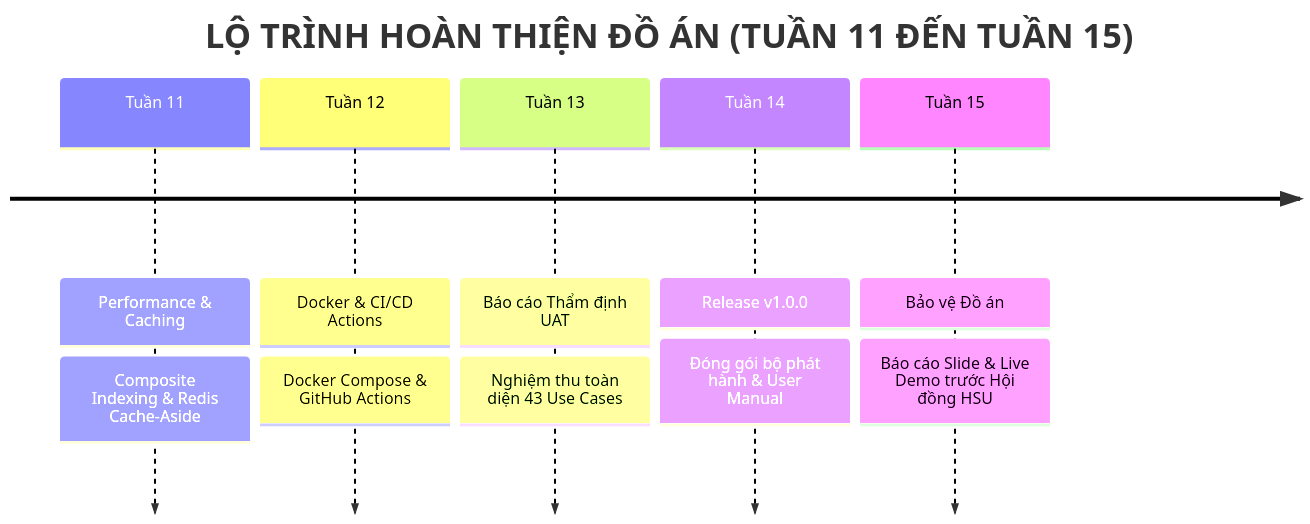
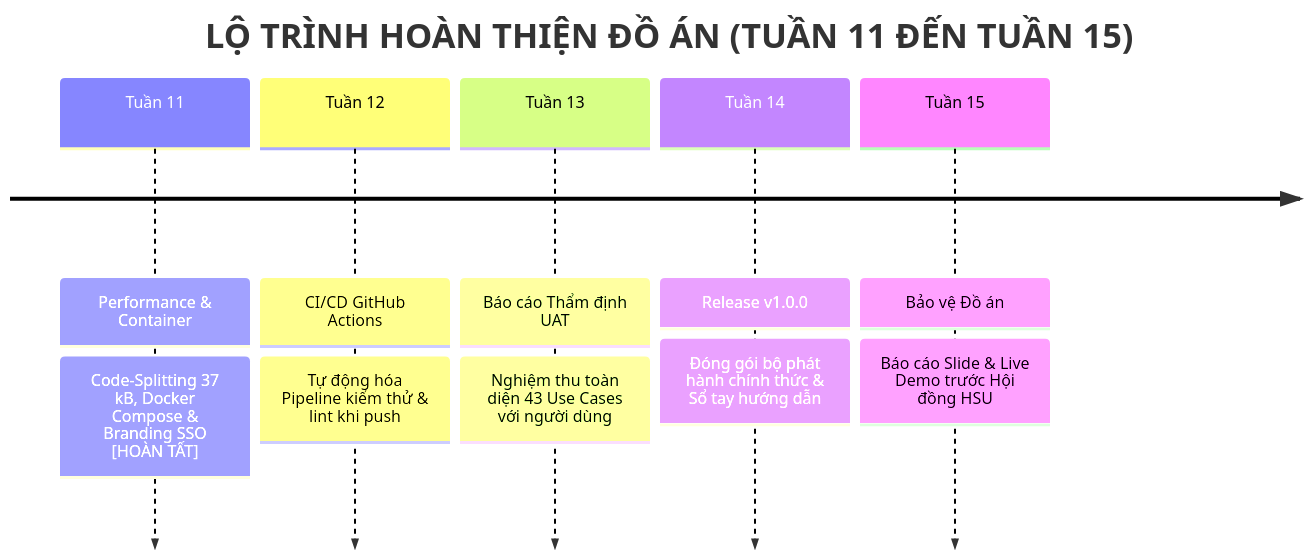
Before and after one commit to DYBInh2k5/Phat-Trien-Du-An-Phan-Mem: the fourth of 4 diagrams in Report_Slide/slide.md, drawn with Mermaid. The commit also changed other lines of this file and 1 other file, not shown here.

````diff
--- a/Report_Slide/slide.md
+++ b/Report_Slide/slide.md
@@ -251,9 +254,9 @@
 ```mermaid
 timeline
     title LỘ TRÌNH HOÀN THIỆN ĐỒ ÁN (TUẦN 11 ĐẾN TUẦN 15)
-    Tuần 11 : Performance & Caching : Composite Indexing & Redis Cache-Aside
-    Tuần 12 : Docker & CI/CD Actions : Docker Compose & GitHub Actions
-    Tuần 13 : Báo cáo Thẩm định UAT : Nghiệm thu toàn diện 43 Use Cases
-    Tuần 14 : Release v1.0.0 : Đóng gói bộ phát hành & User Manual
+    Tuần 11 : Performance & Container : Code-Splitting 37 kB, Docker Compose & Branding SSO [HOÀN TẤT]
+    Tuần 12 : CI/CD GitHub Actions : Tự động hóa Pipeline kiểm thử & lint khi push
+    Tuần 13 : Báo cáo Thẩm định UAT : Nghiệm thu toàn diện 43 Use Cases với người dùng
+    Tuần 14 : Release v1.0.0 : Đóng gói bộ phát hành chính thức & Sổ tay hướng dẫn
     Tuần 15 : Bảo vệ Đồ án : Báo cáo Slide & Live Demo trước Hội đồng HSU
 ```
````
